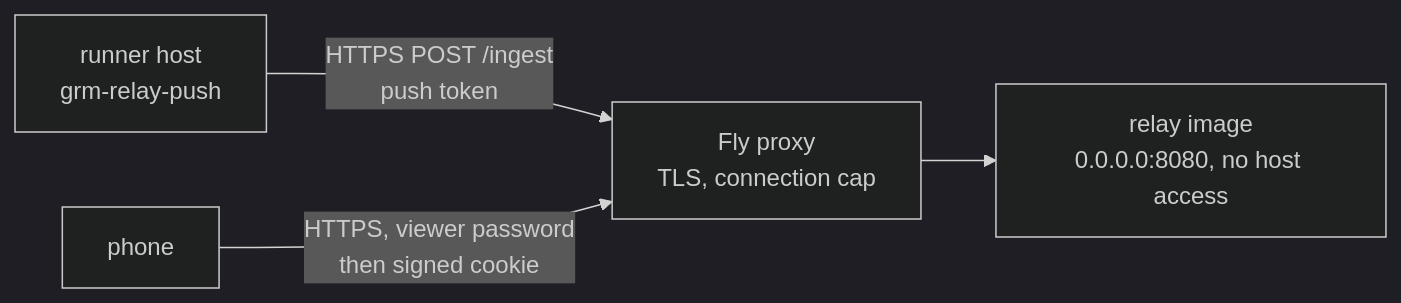
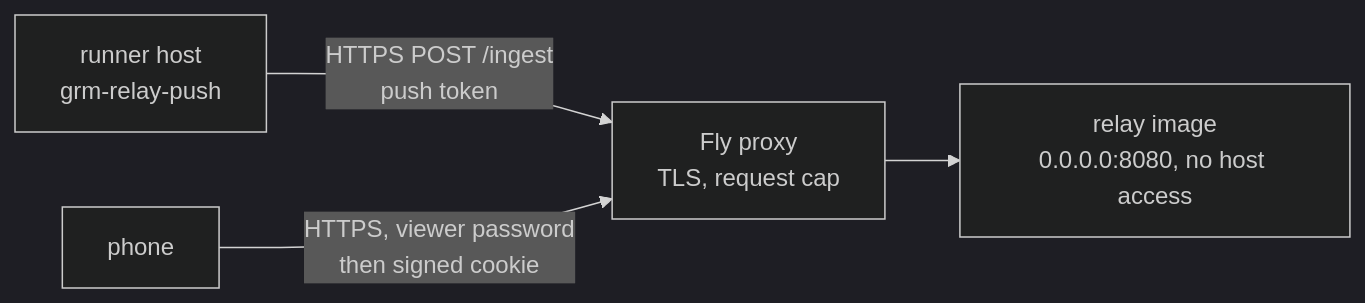
One commit to dalandro/github-runner-manager changed the diagram in docs/relay.md. Above: the diagram before and after it, drawn with Mermaid (dark theme). The commit also changed other lines of this file and 1 other file, not shown here.

First line of the commit message:
docs(relay): pushes keep the machine up

````diff
--- a/docs/relay.md
+++ b/docs/relay.md
@@ -10,6 +12,6 @@
 ```mermaid
 flowchart LR
-  host["runner host<br/>grm-relay-push"] -- "HTTPS POST /ingest<br/>push token" --> fly["Fly proxy<br/>TLS, connection cap"]
+  host["runner host<br/>grm-relay-push"] -- "HTTPS POST /ingest<br/>push token" --> fly["Fly proxy<br/>TLS, request cap"]
   phone["phone"] -- "HTTPS, viewer password<br/>then signed cookie" --> fly
   fly --> relay["relay image<br/>0.0.0.0:8080, no host access"]
 ```
````
